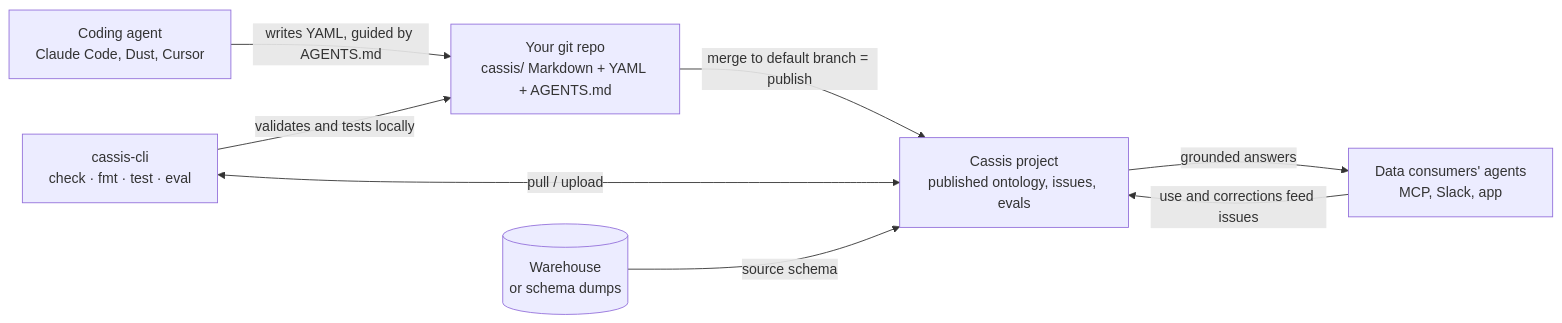
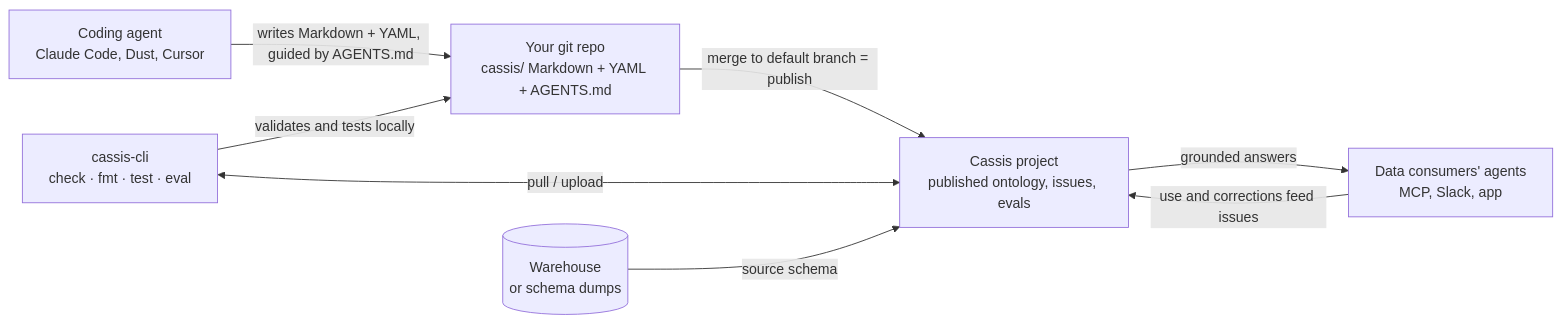
One commit to GetCassis/skills changed the diagram in skills/cassis-ontology-authoring/README.md. Above: the diagram before and after it, drawn with Mermaid. The commit also changed other lines of this file and 1 other file, not shown here.

First line of the commit message:
fix: correct six claims that the Markdown domain format and the CLI made stale

````diff
--- a/skills/cassis-ontology-authoring/README.md
+++ b/skills/cassis-ontology-authoring/README.md
@@ -15,17 +15,17 @@
 ```mermaid
 flowchart LR
     agent["Coding agent<br/>Claude Code, Dust, Cursor"]
     repo["Your git repo<br/>cassis/ Markdown + YAML + AGENTS.md"]
     cli["cassis-cli<br/>check · fmt · test · eval"]
     cassis["Cassis project<br/>published ontology, issues, evals"]
     wh[("Warehouse<br/>or schema dumps")]
     users["Data consumers' agents<br/>MCP, Slack, app"]
 
-    agent -->|"writes YAML, guided by AGENTS.md"| repo
+    agent -->|"writes Markdown + YAML, guided by AGENTS.md"| repo
     cli -->|"validates and tests locally"| repo
     repo -->|"merge to default branch = publish"| cassis
     cli <-->|"pull / upload"| cassis
     wh -->|"source schema"| cassis
     cassis -->|"grounded answers"| users
     users -->|"use and corrections feed issues"| cassis
 ```
````
